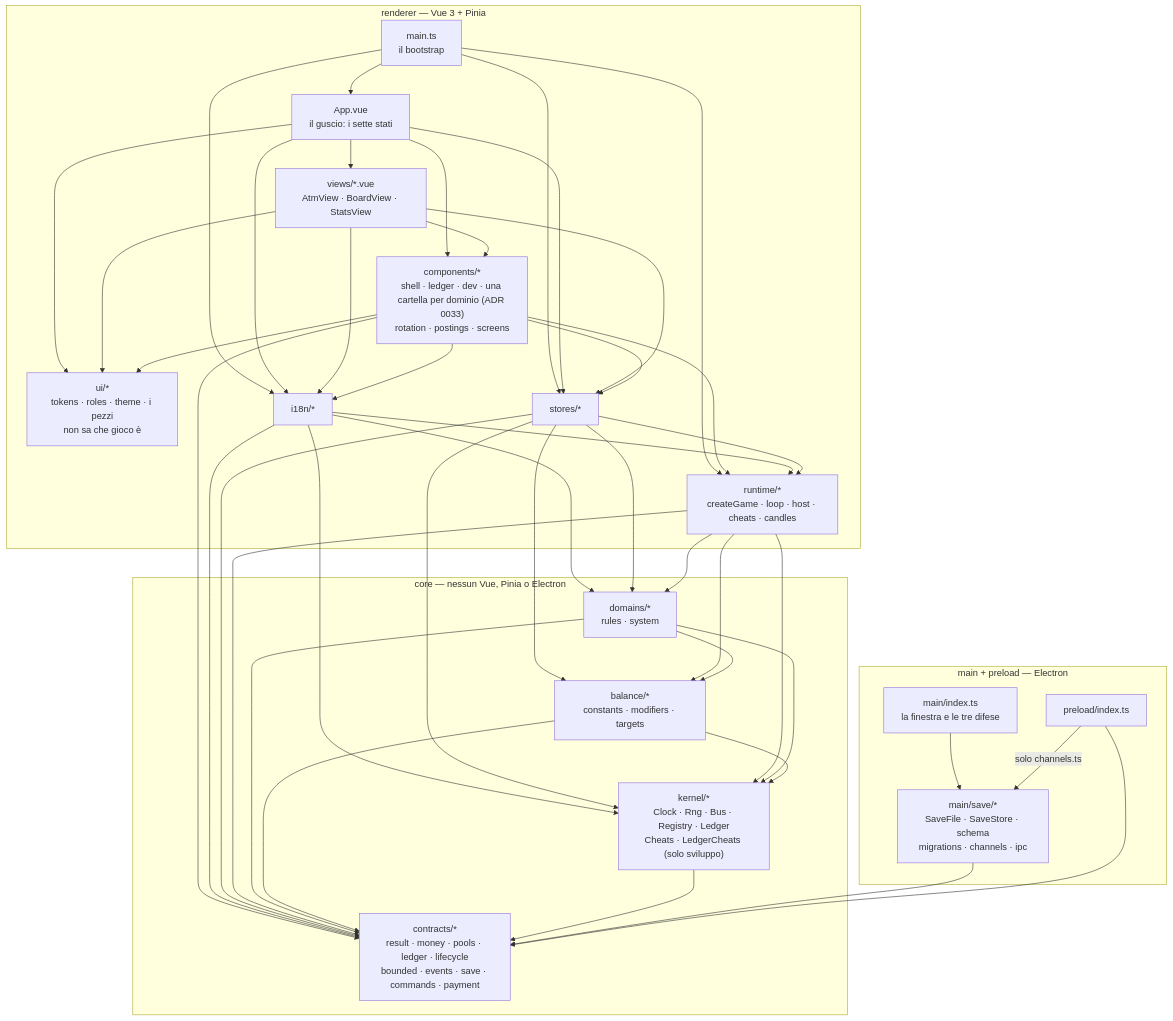
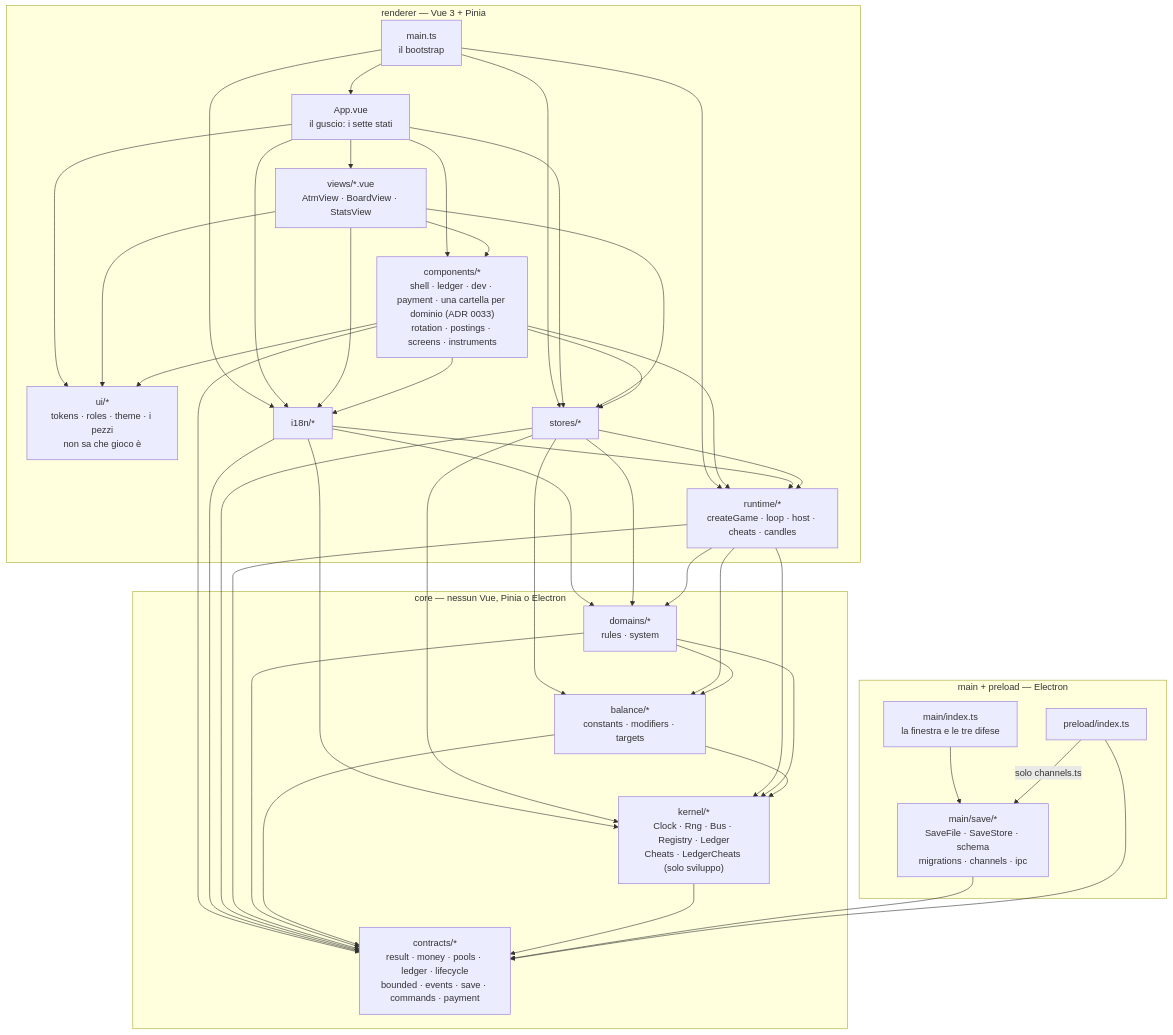
Before and after one commit to devfrx/solvent: the diagram in docs/architettura.md, drawn with Mermaid. The commit also changed other lines of this file and 28 other files, not shown here.

````diff
--- a/docs/architettura.md
+++ b/docs/architettura.md
@@ -14,68 +14,68 @@
 ```mermaid
 flowchart TD
   subgraph PLAT["main + preload — Electron"]
     MAIN["main/index.ts<br/>la finestra e le tre difese"]
     SAVE["main/save/*<br/>SaveFile · SaveStore · schema<br/>migrations · channels · ipc"]
     PRE["preload/index.ts"]
   end
 
   subgraph REND["renderer — Vue 3 + Pinia"]
     BOOT["main.ts<br/>il bootstrap"]
     APP["App.vue<br/>il guscio: i sette stati"]
     VIEWS["views/*.vue<br/>AtmView · BoardView · StatsView"]
-    CMP["components/*<br/>shell · ledger · dev · una cartella per dominio (ADR 0033)<br/>rotation · postings · screens"]
+    CMP["components/*<br/>shell · ledger · dev · payment · una cartella per dominio (ADR 0033)<br/>rotation · postings · screens · instruments"]
     UI["ui/*<br/>tokens · roles · theme · i pezzi<br/>non sa che gioco è"]
     I18N["i18n/*"]
     ST["stores/*"]
     RT["runtime/*<br/>createGame · loop · host · cheats · candles"]
   end
 
   subgraph CORE["core — nessun Vue, Pinia o Electron"]
     DOM["domains/*<br/>rules · system"]
     BAL["balance/*<br/>constants · modifiers · targets"]
     KER["kernel/*<br/>Clock · Rng · Bus · Registry · Ledger<br/>Cheats · LedgerCheats (solo sviluppo)"]
     CON["contracts/*<br/>result · money · pools · ledger · lifecycle<br/>bounded · events · save · commands · payment"]
   end
 
   BOOT --> APP
   BOOT --> ST
   BOOT --> RT
   BOOT --> I18N
   APP --> VIEWS
   APP --> CMP
   APP --> ST
   APP --> I18N
   VIEWS --> CMP
   VIEWS --> ST
   VIEWS --> I18N
   CMP --> ST
   CMP --> I18N
   CMP --> RT
   APP --> UI
   VIEWS --> UI
   CMP --> UI
   CMP --> CON
   I18N --> CON
   I18N --> DOM
   I18N --> KER
   I18N --> RT
   ST  --> RT
   ST  --> DOM
   ST  --> KER
   ST  --> BAL
   ST  --> CON
   RT  --> DOM
   RT  --> KER
   RT  --> BAL
   RT  --> CON
   DOM --> BAL
   DOM --> KER
   DOM --> CON
   BAL --> KER
   BAL --> CON
   KER --> CON
   MAIN --> SAVE
   SAVE --> CON
   PRE --> CON
   PRE -->|solo channels.ts| SAVE
 ```
````
